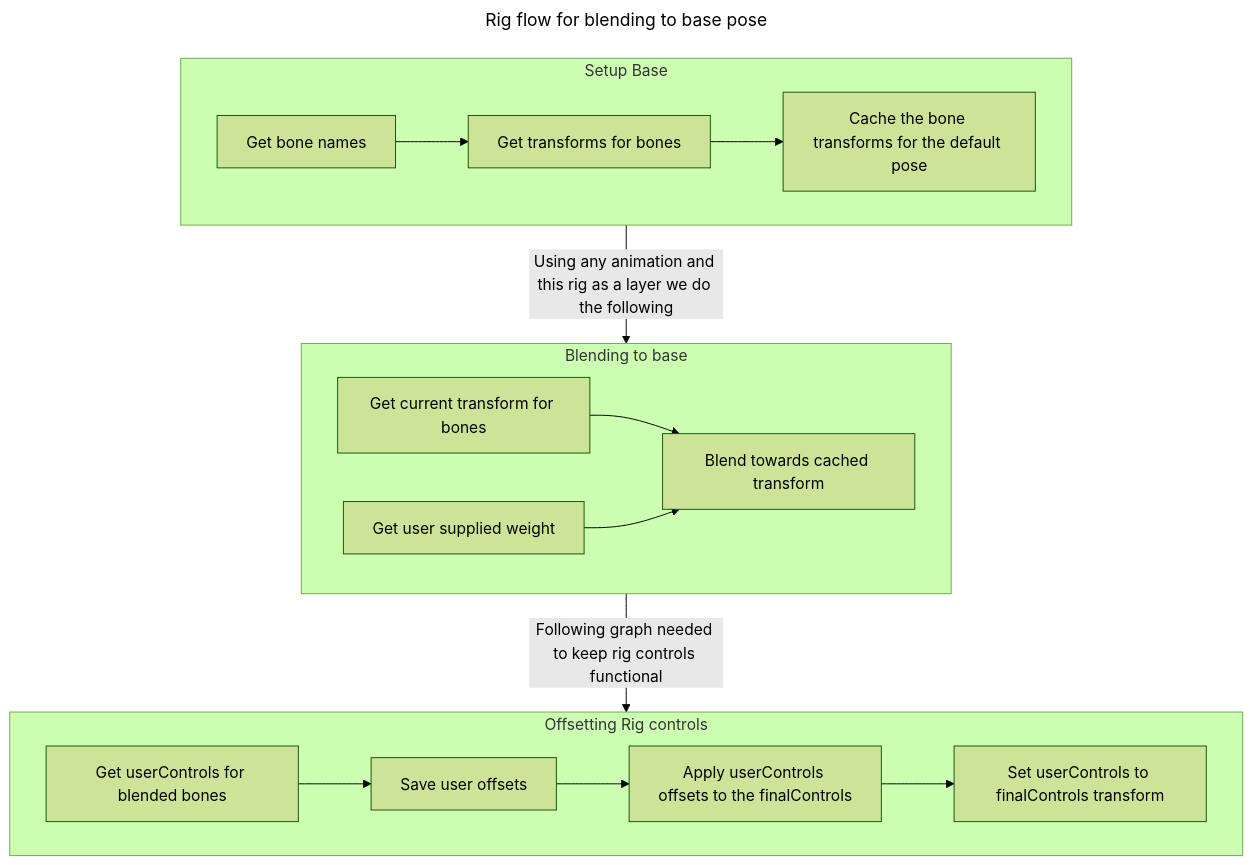
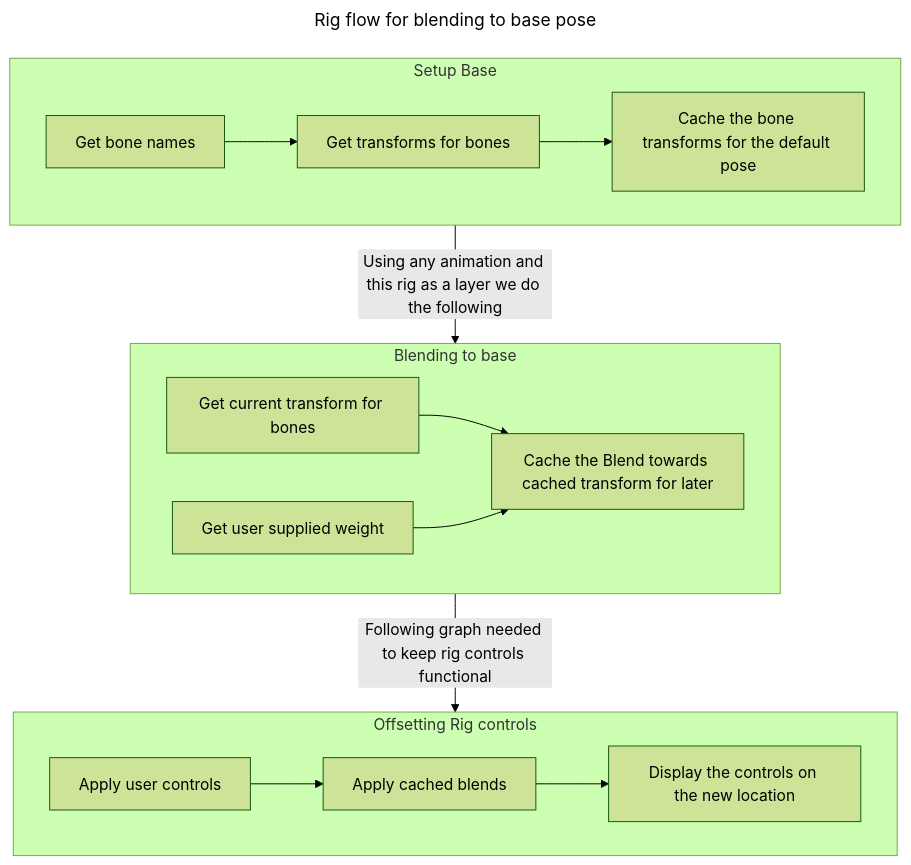
One commit to J-Andersen-UvA/ToucanVault changed the diagram in Unreal/Plugins/PosePasting.md. Above: the diagram before and after it, drawn with Mermaid (forest theme).

Commit message:
vault backup: 2026-09-01 12:56:59

````diff
--- a/Unreal/Plugins/PosePasting.md
+++ b/Unreal/Plugins/PosePasting.md
@@ -7,34 +7,33 @@
 ```mermaid
 ---
 title: Rig flow for blending to base pose
 ---
 flowchart TD
 
 
     subgraph A[Setup Base]
         A0[Get bone names]
         A1[Get transforms for bones]
         A2[Cache the bone transforms for the default pose]
         A0 --> A1 --> A2
     end
 
 	subgraph B[Blending to base]
 		B0[Get current transform for bones]
 		B1[Get user supplied weight]
-		B2[Blend towards cached transform]
+		B2[Cache the Blend towards cached transform for later]
 		B0 --> B2
 		B1 --> B2
 	end
 	
 	subgraph C[Offsetting Rig controls]
-		C0[Get userControls for blended bones]
-		C1[Save user offsets]
-		C2[Apply userControls offsets to the finalControls]
-		C3[Set userControls to finalControls transform]
-		C0 --> C1 --> C2 --> C3
+		C0[Apply user controls]
+		C1[Apply cached blends]
+		C2[Display the controls on the new location]
+		C0 --> C1 --> C2
 	end
 	
 	A -->|Using any animation and this rig as a layer we do the following| B
 	B -->|Following graph needed to keep rig controls functional| C
 	
 ```
````
